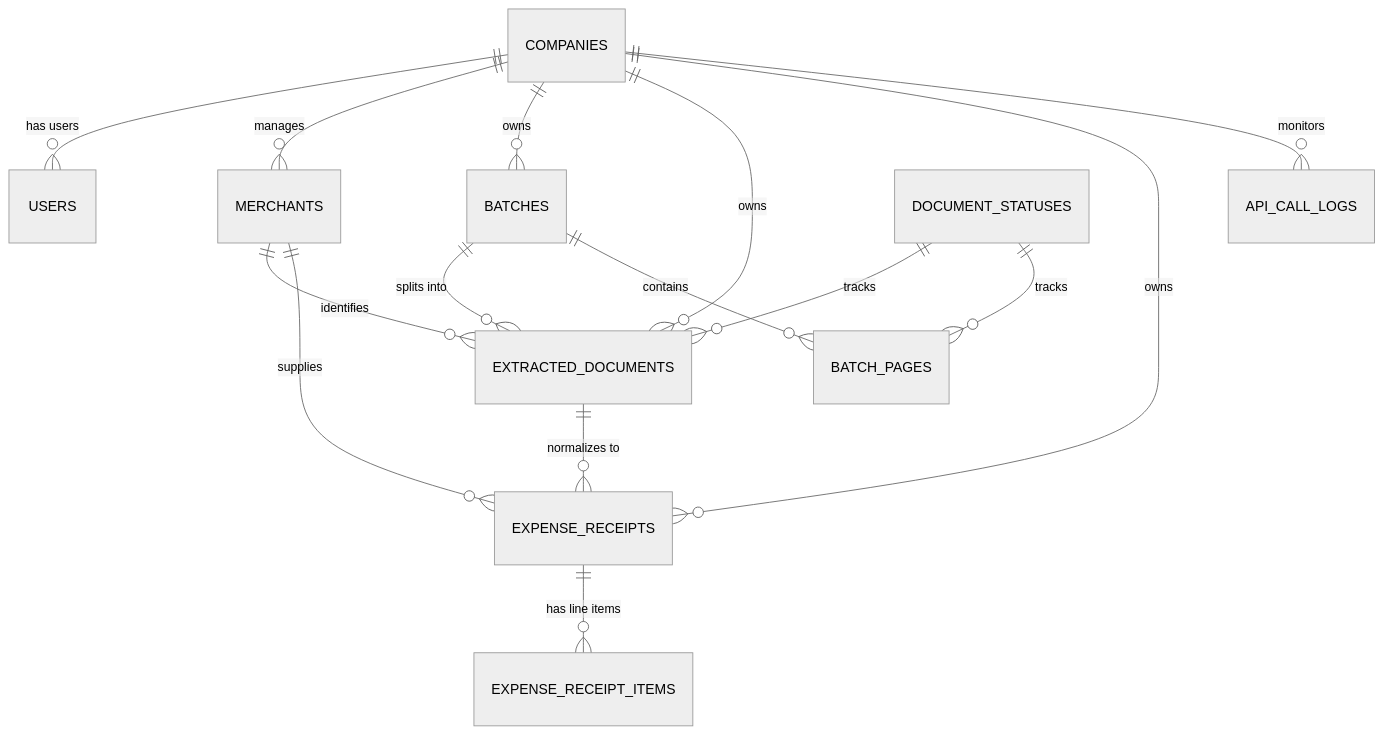
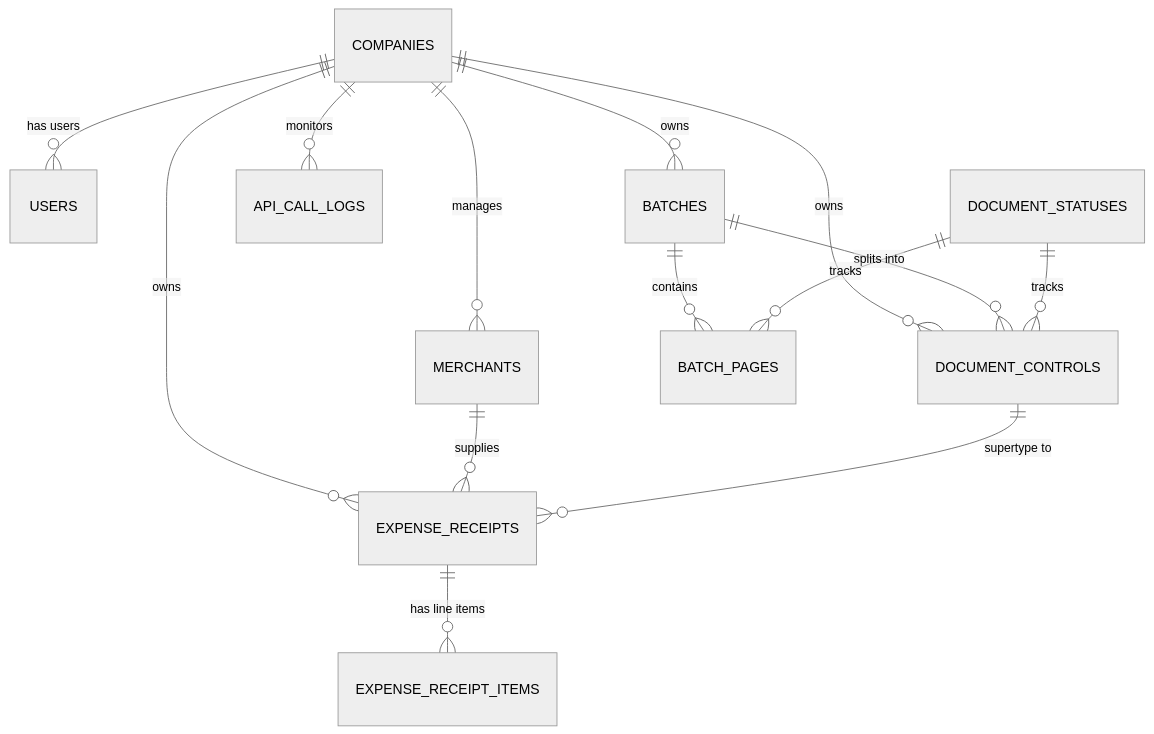
The diagram in docs/database_schema.md (prokungdev/AI-Multi-Docs-Extraction-Pipeline), drawn with Mermaid (neutral theme) before and after one commit. The commit also changed other lines of this file and 133 other files, not shown here.

````diff
--- a/docs/database_schema.md
+++ b/docs/database_schema.md
@@ -9,21 +9,20 @@
 ```mermaid
 erDiagram
     COMPANIES ||--o{ USERS : "has users"
     COMPANIES ||--o{ MERCHANTS : "manages"
     COMPANIES ||--o{ BATCHES : "owns"
-    COMPANIES ||--o{ EXTRACTED_DOCUMENTS : "owns"
+    COMPANIES ||--o{ DOCUMENT_CONTROLS : "owns"
     COMPANIES ||--o{ EXPENSE_RECEIPTS : "owns"
     COMPANIES ||--o{ API_CALL_LOGS : "monitors"
 
-    BATCHES ||--o{ EXTRACTED_DOCUMENTS : "splits into"
+    BATCHES ||--o{ DOCUMENT_CONTROLS : "splits into"
     BATCHES ||--o{ BATCH_PAGES : "contains"
 
-    DOCUMENT_STATUSES ||--o{ EXTRACTED_DOCUMENTS : "tracks"
+    DOCUMENT_STATUSES ||--o{ DOCUMENT_CONTROLS : "tracks"
     DOCUMENT_STATUSES ||--o{ BATCH_PAGES : "tracks"
 
-    MERCHANTS ||--o{ EXTRACTED_DOCUMENTS : "identifies"
     MERCHANTS ||--o{ EXPENSE_RECEIPTS : "supplies"
 
-    EXTRACTED_DOCUMENTS ||--o{ EXPENSE_RECEIPTS : "normalizes to"
+    DOCUMENT_CONTROLS ||--o{ EXPENSE_RECEIPTS : "supertype to"
     EXPENSE_RECEIPTS ||--o{ EXPENSE_RECEIPT_ITEMS : "has line items"
 ```
````
